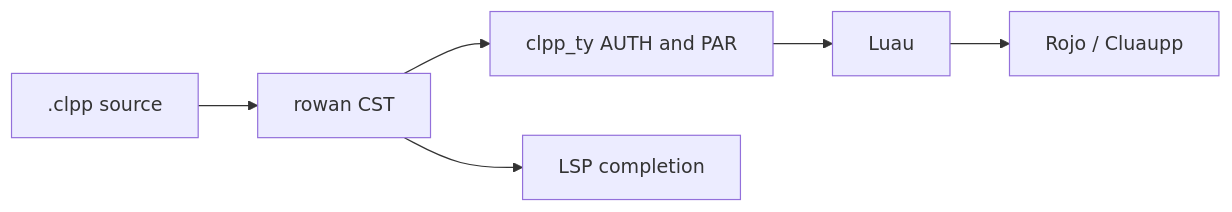
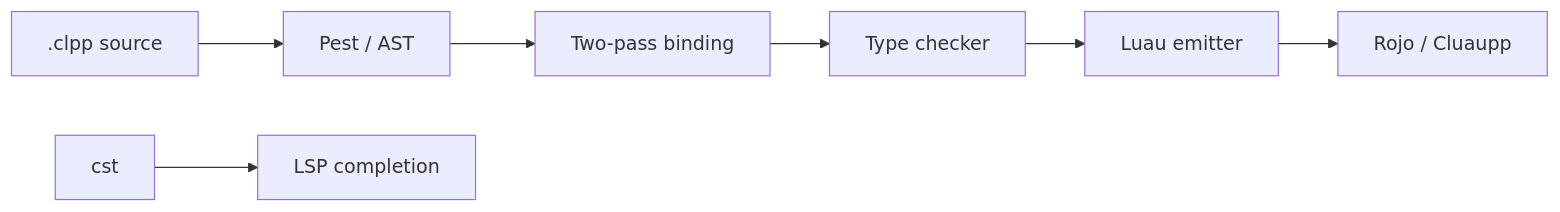
Before and after one commit to KartzRbx/CLPP: the diagram in www/src/content/docs/index.mdx, drawn with Mermaid. The commit also changed other lines of this file and 92 other files, not shown here.

```diff
--- a/www/src/content/docs/index.mdx
+++ b/www/src/content/docs/index.mdx
@@ -82,8 +82,9 @@
 <pre class="mermaid">
 flowchart LR
-  src[".clpp source"] --> cst["rowan CST"]
-  cst --> ty["clpp_ty AUTH and PAR"]
-  ty --> luau["Luau"]
+  src[".clpp source"] --> ast["Pest / AST"]
+  ast --> bind["Two-pass binding"]
+  bind --> ty["Type checker"]
+  ty --> luau["Luau emitter"]
   luau --> rojo["Rojo / Cluaupp"]
   cst --> lsp["LSP completion"]
 </pre>
```
